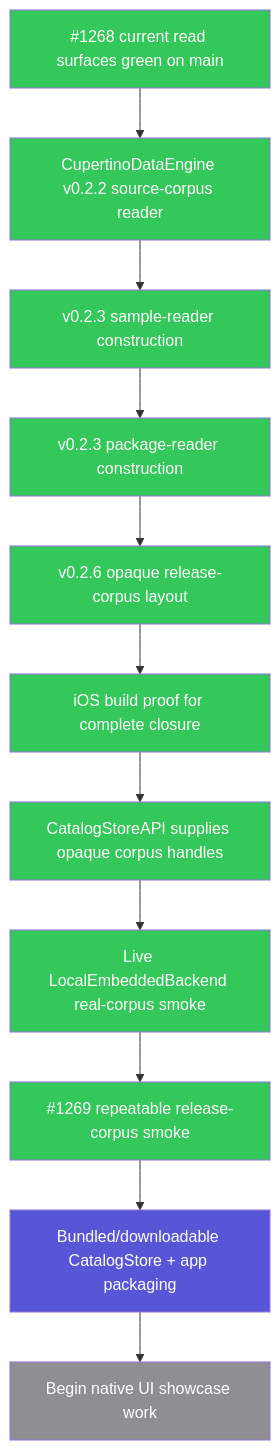
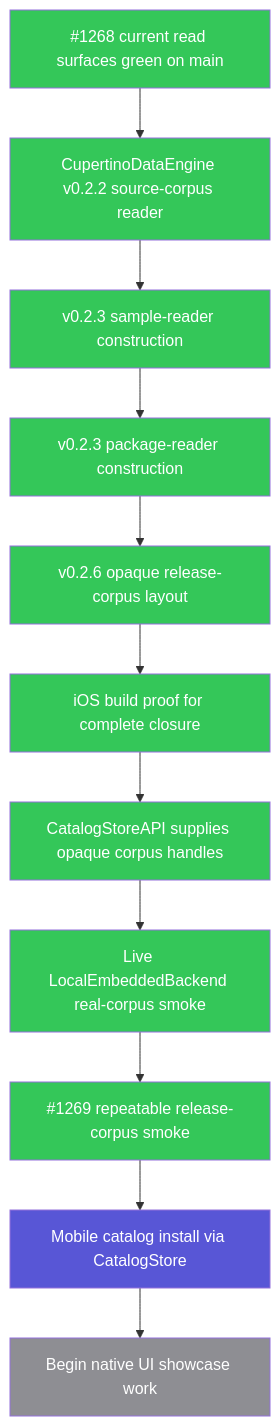
The third of 3 diagrams in README.md (mihaelamj/cupertino), drawn with Mermaid before and after one commit. The commit also changed other lines of this file and 4 other files, not shown here.

Commit message:
docs(catalog): record mobile install contract

````diff
--- a/README.md
+++ b/README.md
@@ -271,19 +271,19 @@
 ```mermaid
 flowchart TD
   release["#1268 current read surfaces green on main"]:::done
   source["CupertinoDataEngine v0.2.2 source-corpus reader"]:::done
   samples["v0.2.3 sample-reader construction"]:::done
   packages["v0.2.3 package-reader construction"]:::done
   bundle["v0.2.6 opaque release-corpus layout"]:::done
   ios["iOS build proof for complete closure"]:::done
   catalog["CatalogStoreAPI supplies opaque corpus handles"]:::done
   embedded["Live LocalEmbeddedBackend real-corpus smoke"]:::done
   smoke["#1269 repeatable release-corpus smoke"]:::done
-  stores["Bundled/downloadable CatalogStore + app packaging"]:::next
+  stores["Mobile catalog install via CatalogStore"]:::next
   ui["Begin native UI showcase work"]:::todo
 
   release --> source --> samples --> packages --> bundle --> ios --> catalog --> embedded --> smoke --> stores --> ui
   classDef done    fill:#34C759,color:#FFFFFF
   classDef next    fill:#5856D6,color:#FFFFFF
   classDef todo    fill:#8E8E93,color:#FFFFFF
 ```
````
